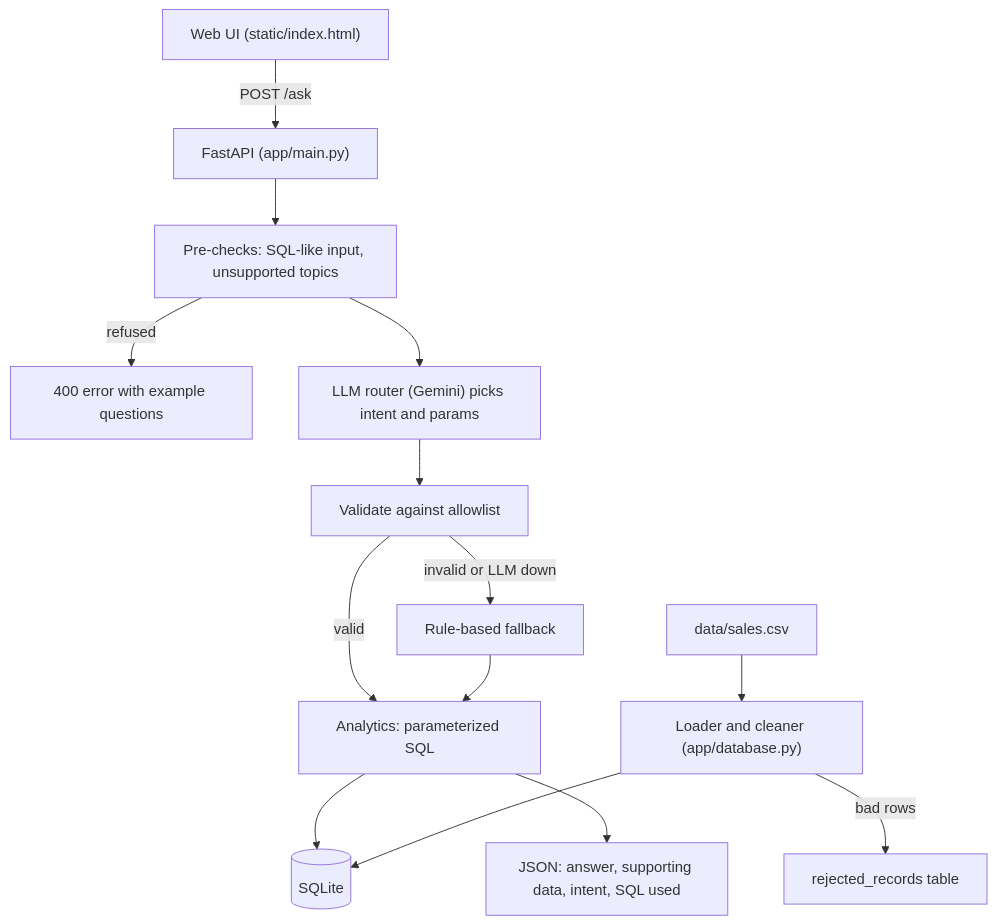
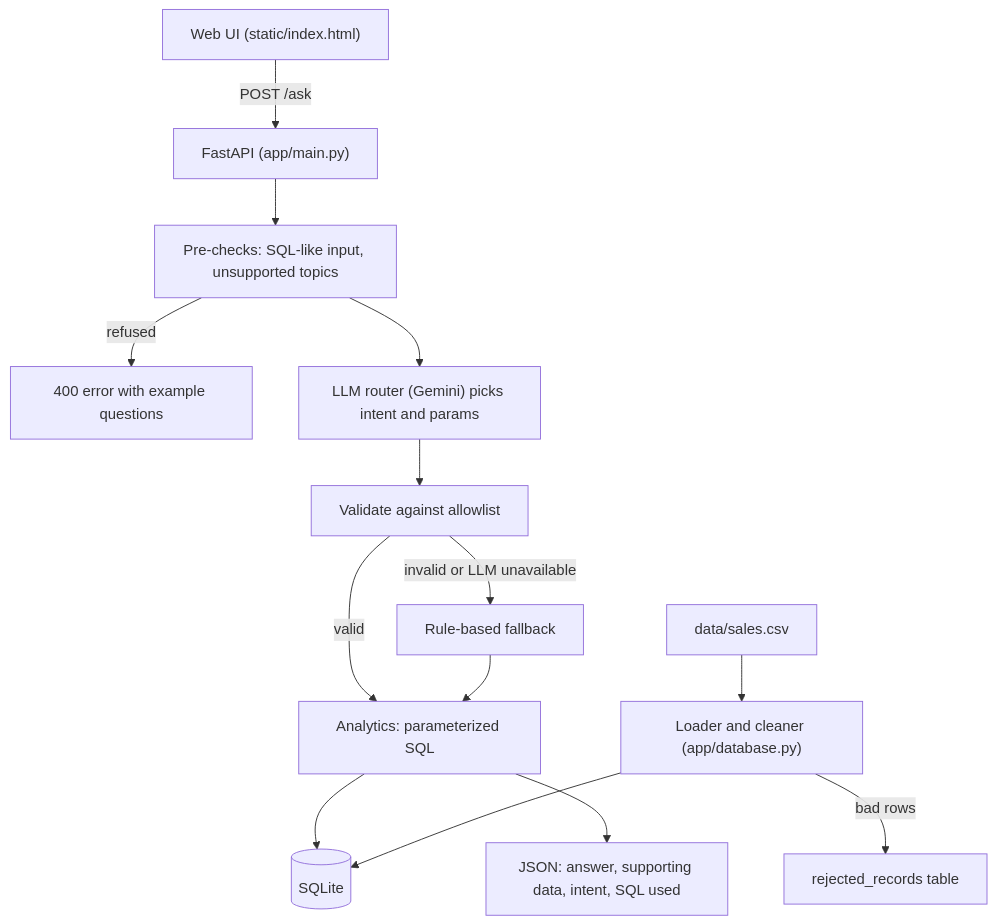
The diagram in README.md (NavyaMaragoni/mini-ai-bi-assistant), drawn with Mermaid before and after one commit. The commit also changed other lines of this file and 1 other file, not shown here.

````diff
--- a/README.md
+++ b/README.md
@@ -26,16 +75,16 @@
 ```mermaid
 flowchart TD
     UI["Web UI (static/index.html)"] -->|POST /ask| API["FastAPI (app/main.py)"]
     API --> PRE["Pre-checks: SQL-like input, unsupported topics"]
     PRE -->|refused| ERR["400 error with example questions"]
     PRE --> AI["LLM router (Gemini) picks intent and params"]
     AI --> VAL["Validate against allowlist"]
-    VAL -->|invalid or LLM down| RULES["Rule-based fallback"]
+    VAL -->|invalid or LLM unavailable| RULES["Rule-based fallback"]
     VAL -->|valid| SQL["Analytics: parameterized SQL"]
     RULES --> SQL
     SQL --> DB[("SQLite")]
     CSV["data/sales.csv"] --> LOAD["Loader and cleaner (app/database.py)"]
     LOAD --> DB
     LOAD -->|bad rows| REJ["rejected_records table"]
     SQL --> OUT["JSON: answer, supporting data, intent, SQL used"]
 ```
````
